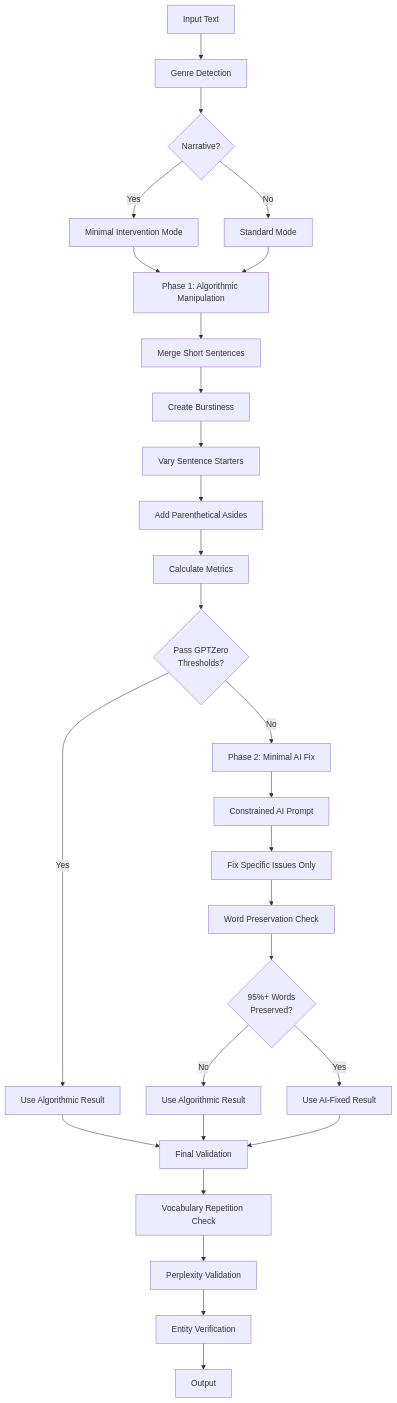
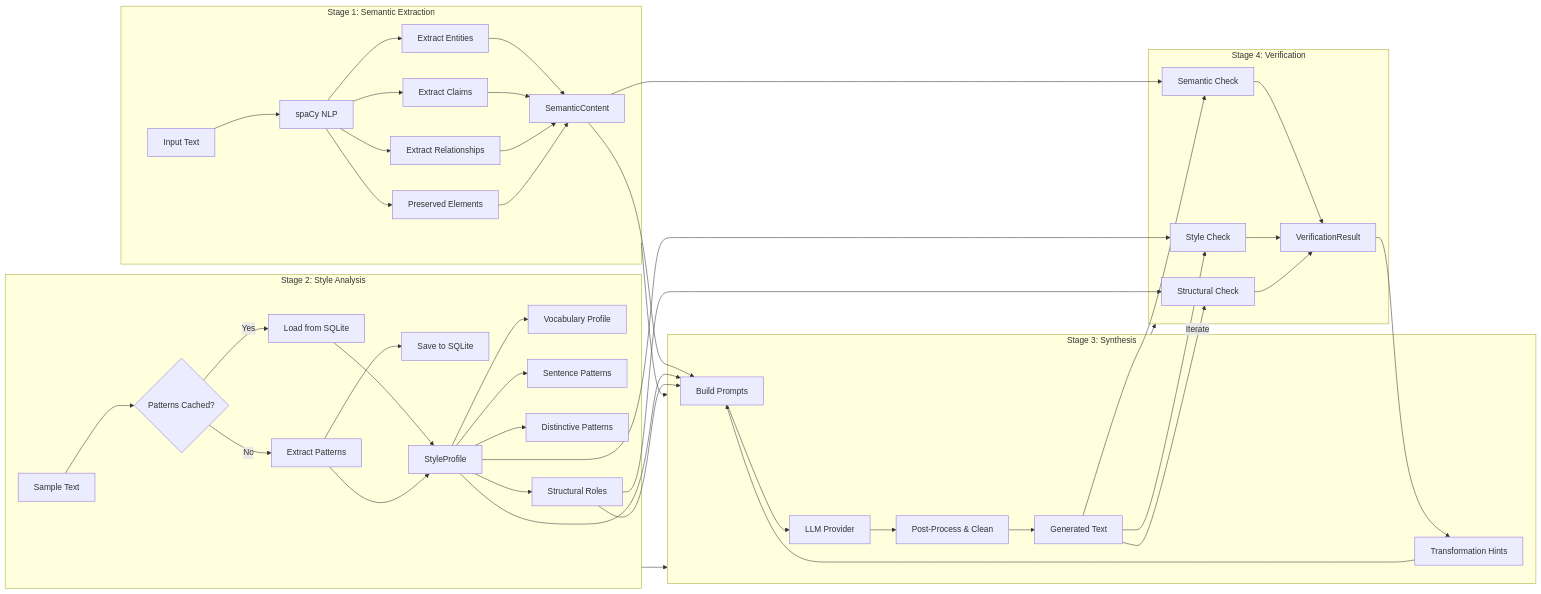
The second of 4 diagrams in README.md (yogthos/ai-text-humanizer), drawn with Mermaid before and after one commit. The commit also changed other lines of this file and 2 other files, not shown here.

````diff
--- a/README.md
+++ b/README.md
@@ -37,36 +44,55 @@
 ```mermaid
-flowchart TD
-    A[Input Text] --> B[Genre Detection]
-    B --> C{Narrative?}
-    C -->|Yes| D[Minimal Intervention Mode]
-    C -->|No| E[Standard Mode]
+flowchart LR
+    subgraph Stage1[Stage 1: Semantic Extraction]
+        Input[Input Text] --> NLP[spaCy NLP]
+        NLP --> Entities[Extract Entities]
+        NLP --> Claims[Extract Claims]
+        NLP --> Relations[Extract Relationships]
+        NLP --> Preserved[Preserved Elements]
+        Entities --> SC[SemanticContent]
+        Claims --> SC
+        Relations --> SC
+        Preserved --> SC
+    end
 
-    D --> F[Phase 1: Algorithmic Manipulation]
-    E --> F
+    subgraph Stage2[Stage 2: Style Analysis]
+        Sample[Sample Text] --> Cache{Patterns Cached?}
+        Cache -->|Yes| Load[Load from SQLite]
+        Cache -->|No| Extract[Extract Patterns]
+        Extract --> Save[Save to SQLite]
+        Load --> SP[StyleProfile]
+        Extract --> SP
+        SP --> Vocab[Vocabulary Profile]
+        SP --> Sent[Sentence Patterns]
+        SP --> Patterns[Distinctive Patterns]
+        SP --> Roles[Structural Roles]
+    end
 
-    F --> G[Merge Short Sentences]
-    G --> H[Create Burstiness]
-    H --> I[Vary Sentence Starters]
-    I --> J[Add Parenthetical Asides]
-    J --> K[Calculate Metrics]
+    subgraph Stage3[Stage 3: Synthesis]
+        SC --> Prompt[Build Prompts]
+        SP --> Prompt
+        Roles --> Prompt
+        Hints[Transformation Hints] --> Prompt
+        Prompt --> LLM[LLM Provider]
+        LLM --> Clean[Post-Process & Clean]
+        Clean --> Output[Generated Text]
+    end
 
-    K --> L{Pass GPTZero<br/>Thresholds?}
-    L -->|Yes| M[Use Algorithmic Result]
-    L -->|No| N[Phase 2: Minimal AI Fix]
+    subgraph Stage4[Stage 4: Verification]
+        Output --> SemCheck[Semantic Check]
+        Output --> StyleCheck[Style Check]
+        Output --> StructCheck[Structural Check]
+        SC --> SemCheck
+        SP --> StyleCheck
+        Roles --> StructCheck
+        SemCheck --> Result[VerificationResult]
+        StyleCheck --> Result
+        StructCheck --> Result
+        Result --> Hints
+    end
 
-    N --> O[Constrained AI Prompt]
-    O --> P[Fix Specific Issues Only]
-    P --> Q[Word Preservation Check]
-    Q --> R{95%+ Words<br/>Preserved?}
-    R -->|No| S[Use Algorithmic Result]
-    R -->|Yes| T[Use AI-Fixed Result]
-
-    M --> U[Final Validation]
-    S --> U
-    T --> U
-
-    U --> V[Vocabulary Repetition Check]
-    V --> W[Perplexity Validation]
-    W --> X[Entity Verification]
-    X --> Y[Output]
+    Stage1 --> Stage3
+    Stage2 --> Stage3
+    Stage3 --> Stage4
+    Stage4 -->|Iterate| Stage3
 ```
````
